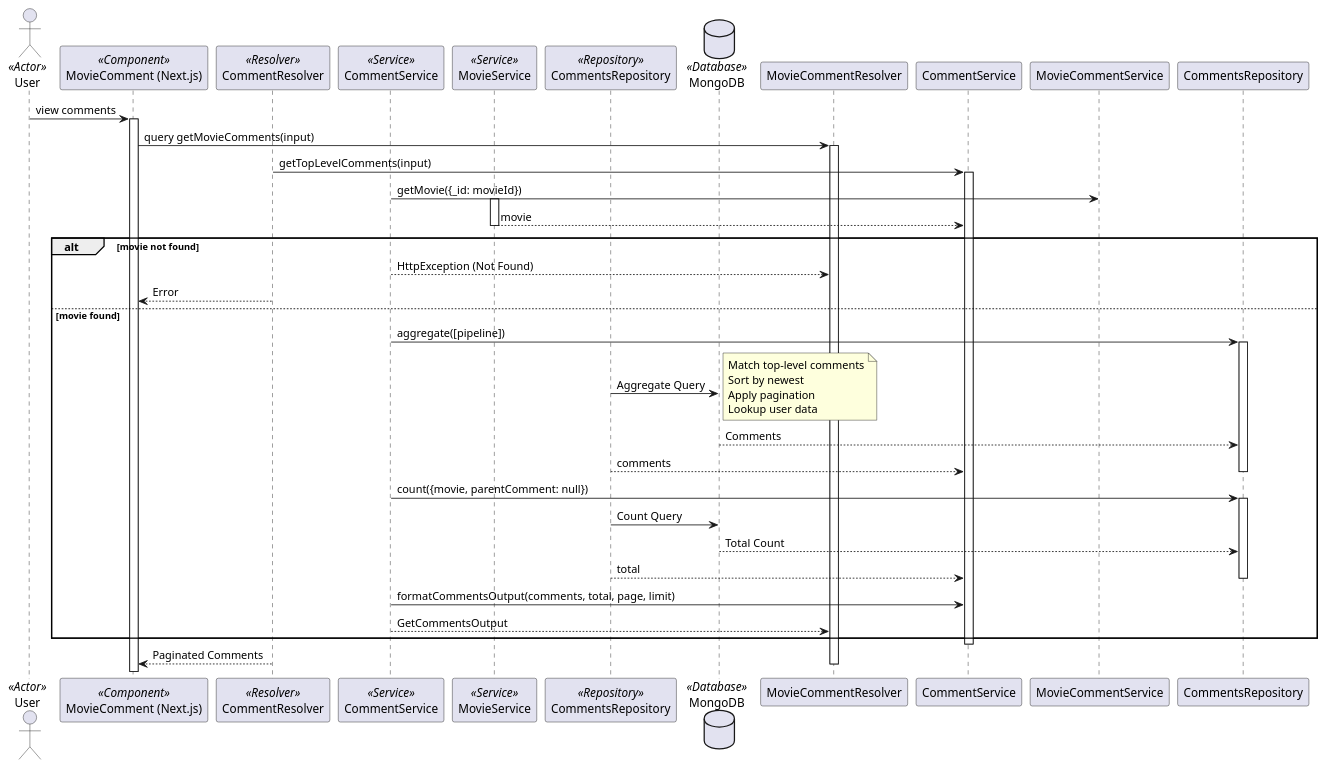
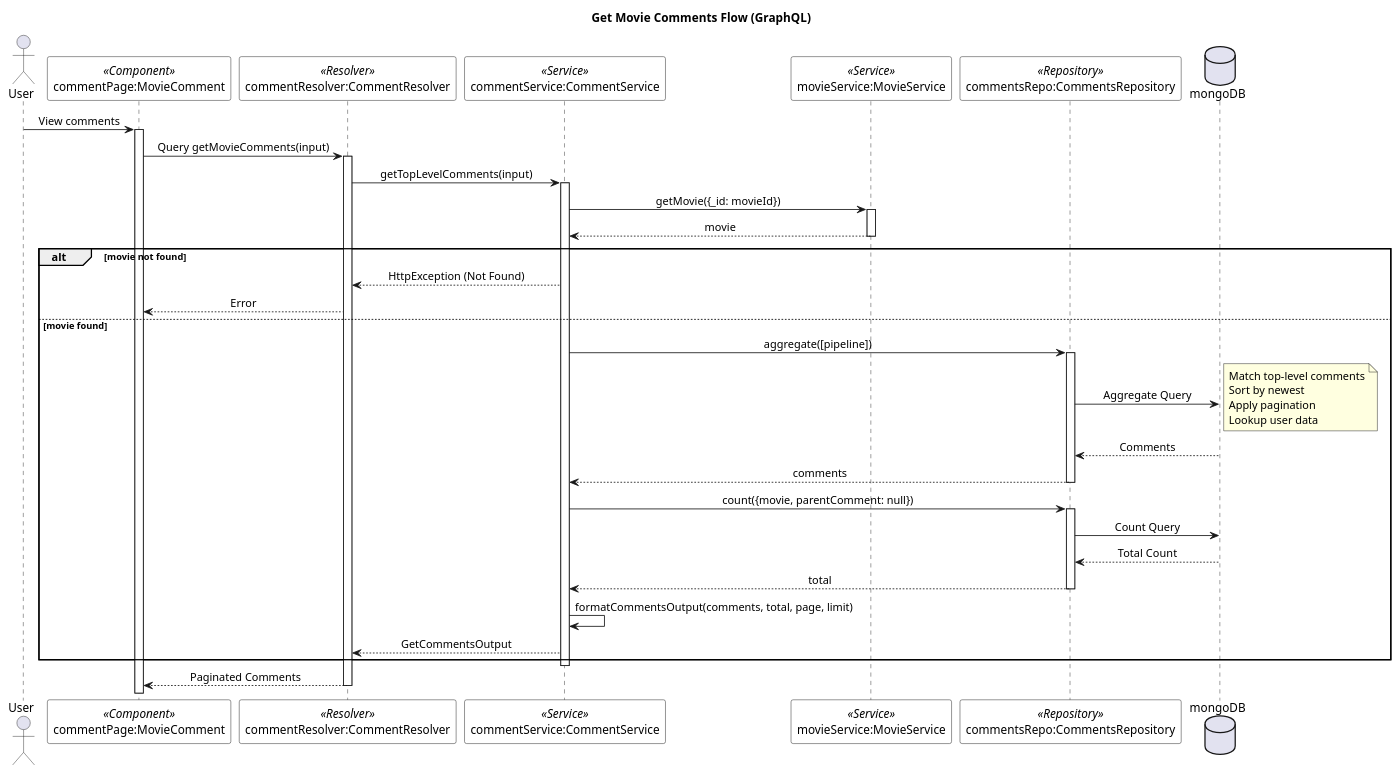
One commit to lehuygiang28/vphim changed the diagram in documents/diagram/sequences/comments/get-movie-comments.puml. Above: the diagram before and after it, drawn with PlantUML. The commit also changed 4 other files, not shown here.

First line of the commit message:
refactor(diagrams/sequences/comments): 🛠️ update comment flow diagrams

```diff
--- a/documents/diagram/sequences/comments/get-movie-comments.puml
+++ b/documents/diagram/sequences/comments/get-movie-comments.puml
@@ -1,45 +1,55 @@
 @startuml Get Movie Comments Flow
 
-actor User <<Actor>>
-participant "MovieComment (Next.js)" as MovieComment <<Component>>
-participant "CommentResolver" as Resolver <<Resolver>>
-participant "CommentService" as Service <<Service>>
-participant "MovieService" as MovieService <<Service>>
-participant "CommentsRepository" as Repository <<Repository>>
-database "MongoDB" as DB <<Database>>
+skinparam SequenceMessageAlignment center
+skinparam SequenceBoxBackgroundColor white
+skinparam SequenceBoxBorderColor black
+skinparam NoteBackgroundColor lightyellow
+skinparam NoteBorderColor black
+skinparam ParticipantBackgroundColor white
+skinparam ParticipantBorderColor black
 
-User -> MovieComment: view comments
-activate MovieComment
-MovieComment -> MovieCommentResolver: query getMovieComments(input)
-activate MovieCommentResolver
-Resolver -> CommentService: getTopLevelComments(input)
-activate CommentService
-Service -> MovieCommentService: getMovie({_id: movieId})
-activate MovieService
-MovieService --> CommentService: movie
-deactivate MovieService
+title Get Movie Comments Flow (GraphQL)
+
+actor "User" as user
+participant "commentPage:MovieComment" as commentPage <<Component>>
+participant "commentResolver:CommentResolver" as commentResolver <<Resolver>>
+participant "commentService:CommentService" as commentService <<Service>>
+participant "movieService:MovieService" as movieService <<Service>>
+participant "commentsRepo:CommentsRepository" as commentsRepo <<Repository>>
+database "mongoDB" as mongoDB
+
+user -> commentPage: View comments
+activate commentPage
+commentPage -> commentResolver: Query getMovieComments(input)
+activate commentResolver
+commentResolver -> commentService: getTopLevelComments(input)
+activate commentService
+commentService -> movieService: getMovie({_id: movieId})
+activate movieService
+movieService --> commentService: movie
+deactivate movieService
 alt movie not found
-    Service --> MovieCommentResolver: HttpException (Not Found)
-    Resolver --> MovieComment: Error
+    commentService --> commentResolver: HttpException (Not Found)
+    commentResolver --> commentPage: Error
 else movie found
-    Service -> CommentsRepository: aggregate([pipeline])
-    activate CommentsRepository
-    Repository -> DB: Aggregate Query
+    commentService -> commentsRepo: aggregate([pipeline])
+    activate commentsRepo
+    commentsRepo -> mongoDB: Aggregate Query
     note right: Match top-level comments\nSort by newest\nApply pagination\nLookup user data
-    DB --> CommentsRepository: Comments
-    Repository --> CommentService: comments
-    deactivate CommentsRepository
-    Service -> CommentsRepository: count({movie, parentComment: null})
-    activate CommentsRepository
-    Repository -> DB: Count Query
-    DB --> CommentsRepository: Total Count
-    Repository --> CommentService: total
-    deactivate CommentsRepository
-    Service -> CommentService: formatCommentsOutput(comments, total, page, limit)
-    Service --> MovieCommentResolver: GetCommentsOutput
+    mongoDB --> commentsRepo: Comments
+    commentsRepo --> commentService: comments
+    deactivate commentsRepo
+    commentService -> commentsRepo: count({movie, parentComment: null})
+    activate commentsRepo
+    commentsRepo -> mongoDB: Count Query
+    mongoDB --> commentsRepo: Total Count
+    commentsRepo --> commentService: total
+    deactivate commentsRepo
+    commentService -> commentService: formatCommentsOutput(comments, total, page, limit)
+    commentService --> commentResolver: GetCommentsOutput
 end
-deactivate CommentService
-Resolver --> MovieComment: Paginated Comments
-deactivate MovieCommentResolver
+deactivate commentService
+commentResolver --> commentPage: Paginated Comments
+deactivate commentResolver
 
 @enduml
```
